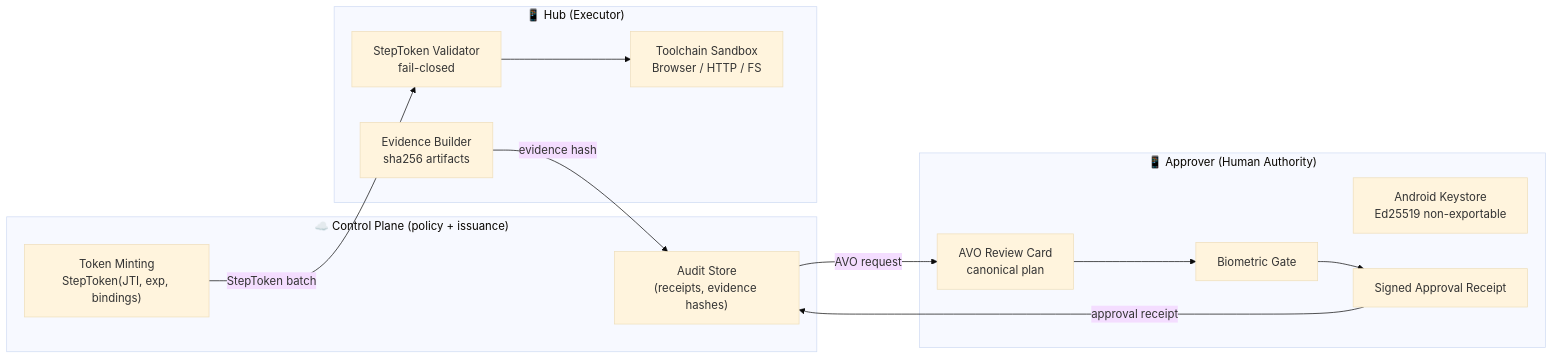
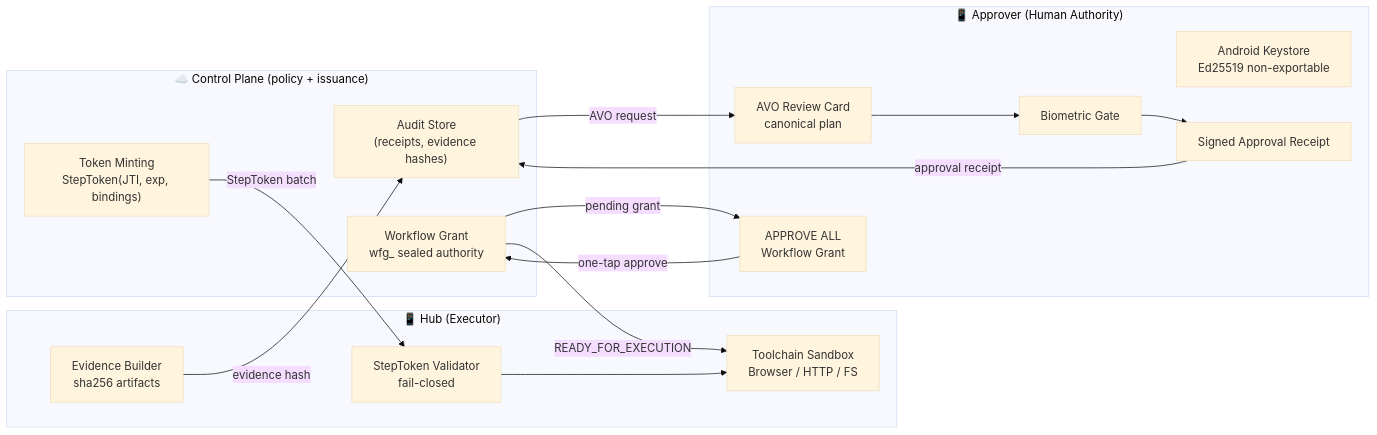
One commit to IkaRiche/kilu-pocket-agent changed the diagram in README.md. Above: the diagram before and after it, drawn with Mermaid (base theme). The commit also changed other lines of this file and 2 other files, not shown here.

````diff
--- a/README.md
+++ b/README.md
@@ -96,26 +106,31 @@
 ```mermaid
 flowchart LR
   subgraph Cloud["☁️ Control Plane (policy + issuance)"]
     P1["Token Minting\nStepToken(JTI, exp, bindings)"]
     P2["Audit Store\n(receipts, evidence hashes)"]
+    P3["Workflow Grant\nwfg_ sealed authority"]
   end
 
   subgraph Hub["📱 Hub (Executor)"]
     H1["Toolchain Sandbox\nBrowser / HTTP / FS"]
     H2["StepToken Validator\nfail-closed"]
     H3["Evidence Builder\nsha256 artifacts"]
   end
 
   subgraph Approver["📱 Approver (Human Authority)"]
     A1["Android Keystore\nEd25519 non-exportable"]
     A2["Biometric Gate"]
     A3["AVO Review Card\ncanonical plan"]
     A4["Signed Approval Receipt"]
+    A5["APPROVE ALL\nWorkflow Grant"]
   end
 
   P1 -->|StepToken batch| H2
   H2 --> H1
   H3 -->|evidence hash| P2
   P2 -->|AVO request| A3
   A3 --> A2 --> A4 -->|approval receipt| P2
+  P3 -->|pending grant| A5
+  A5 -->|one-tap approve| P3
+  P3 -->|READY_FOR_EXECUTION| H1
 ```
````
